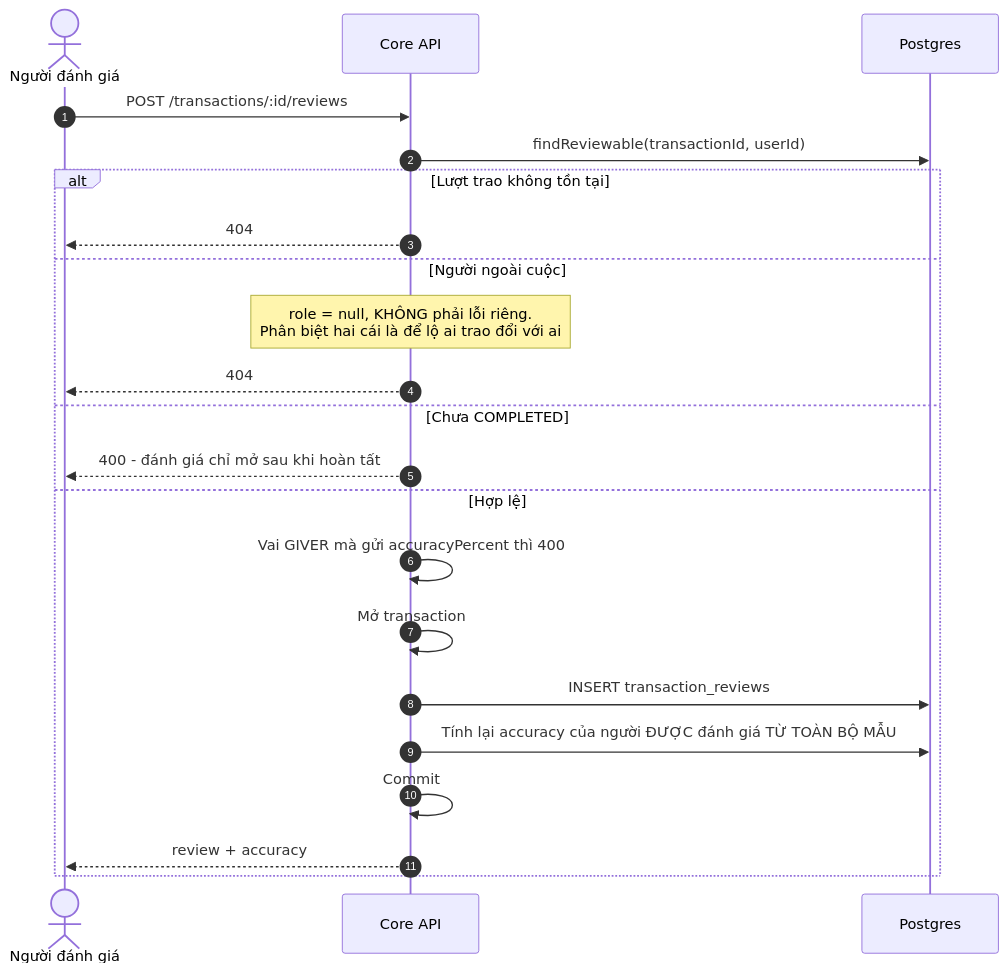
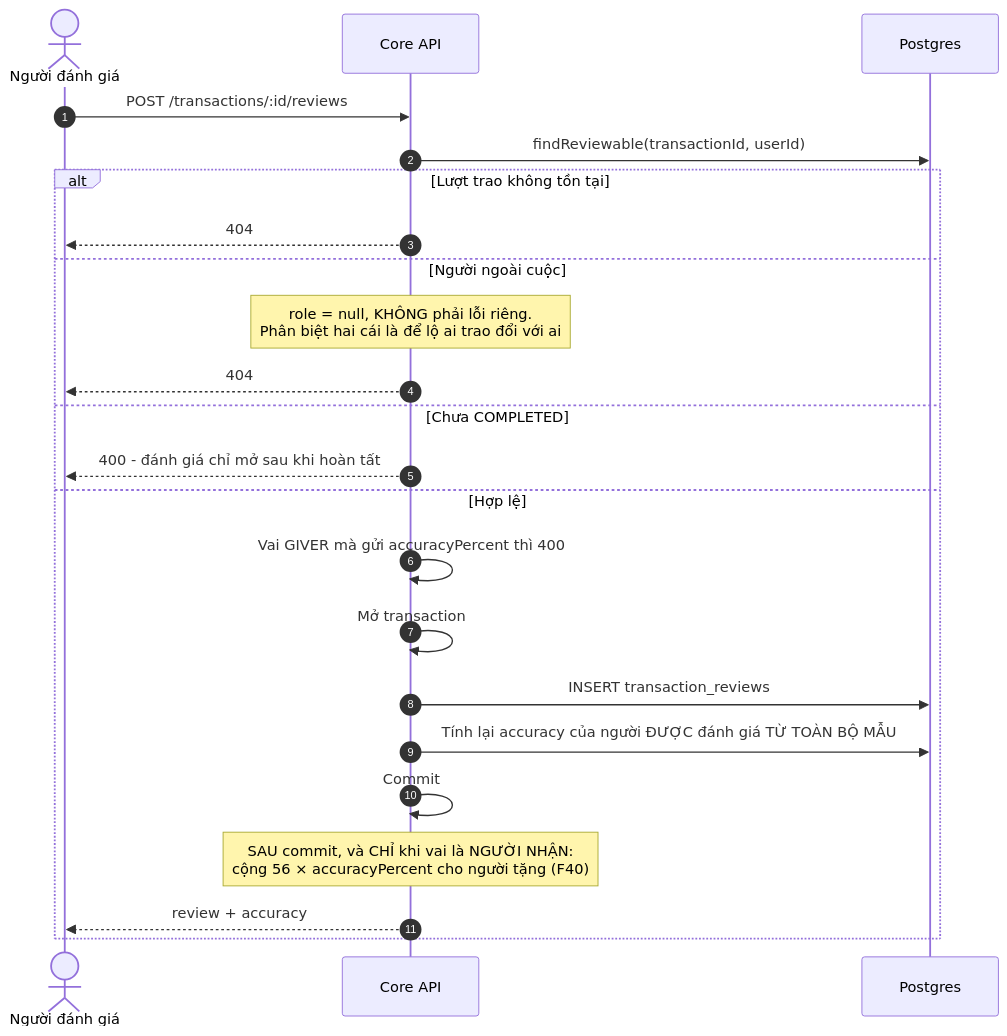
Before and after one commit to fdshn/trueheart: the second of 5 diagrams in docs/diagram/13-review.md, drawn with Mermaid. The commit also changed other lines of this file and 24 other files, not shown here.

First line of the commit message:
feat(point): cộng điểm khi lượt trao hoàn tất, hai đường một khoá (F40)

````diff
--- a/docs/diagram/13-review.md
+++ b/docs/diagram/13-review.md
@@ -27,25 +27,26 @@
 ```mermaid
 sequenceDiagram
     autonumber
     actor U as Người đánh giá
     participant API as Core API
     participant DB as Postgres
 
     U->>API: POST /transactions/:id/reviews
     API->>DB: findReviewable(transactionId, userId)
     alt Lượt trao không tồn tại
         API-->>U: 404
     else Người ngoài cuộc
         Note over API: role = null, KHÔNG phải lỗi riêng.<br/>Phân biệt hai cái là để lộ ai trao đổi với ai
         API-->>U: 404
     else Chưa COMPLETED
         API-->>U: 400 - đánh giá chỉ mở sau khi hoàn tất
     else Hợp lệ
         API->>API: Vai GIVER mà gửi accuracyPercent thì 400
         API->>API: Mở transaction
         API->>DB: INSERT transaction_reviews
         API->>DB: Tính lại accuracy của người ĐƯỢC đánh giá TỪ TOÀN BỘ MẪU
         API->>API: Commit
+        Note over API: SAU commit, và CHỈ khi vai là NGƯỜI NHẬN:<br/>cộng 56 × accuracyPercent cho người tặng (F40)
         API-->>U: review + accuracy
     end
 ```
````
